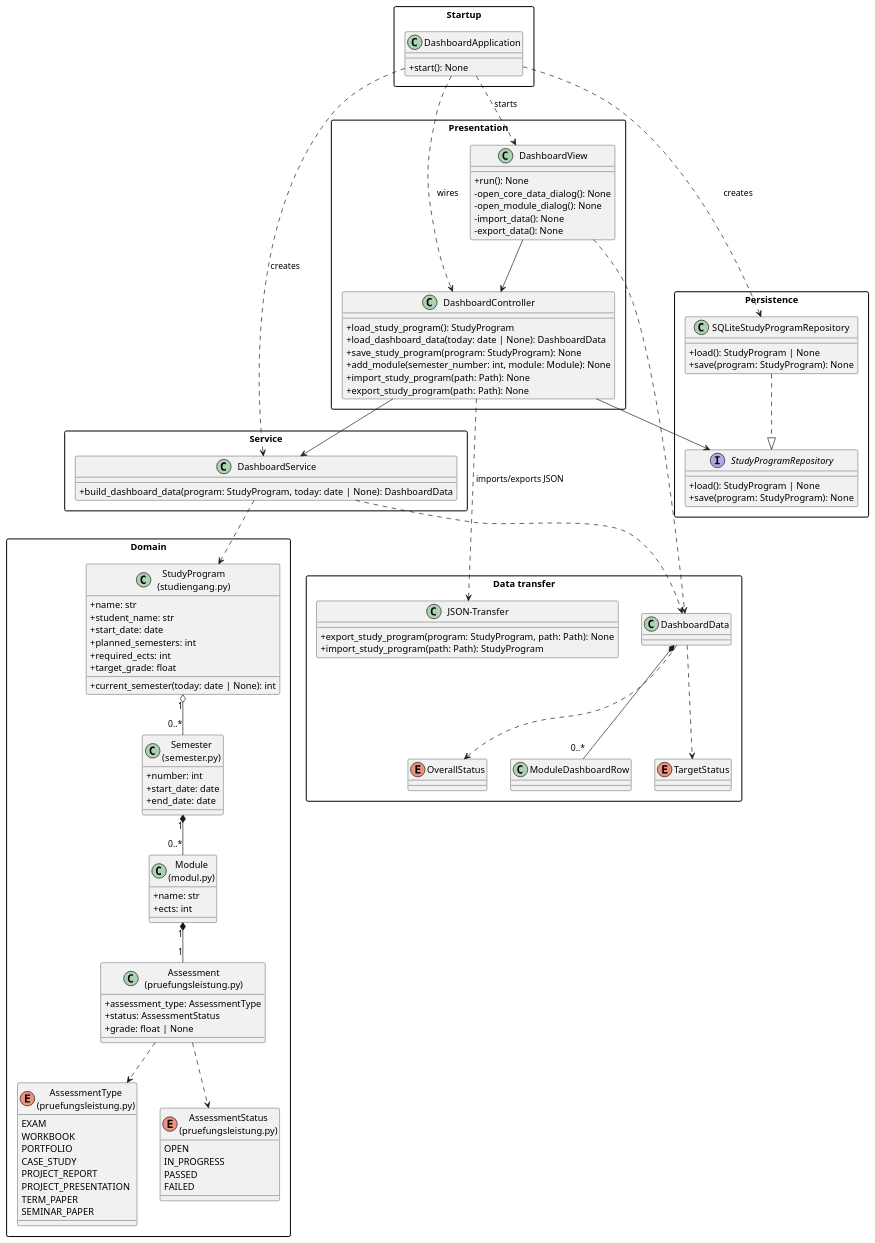
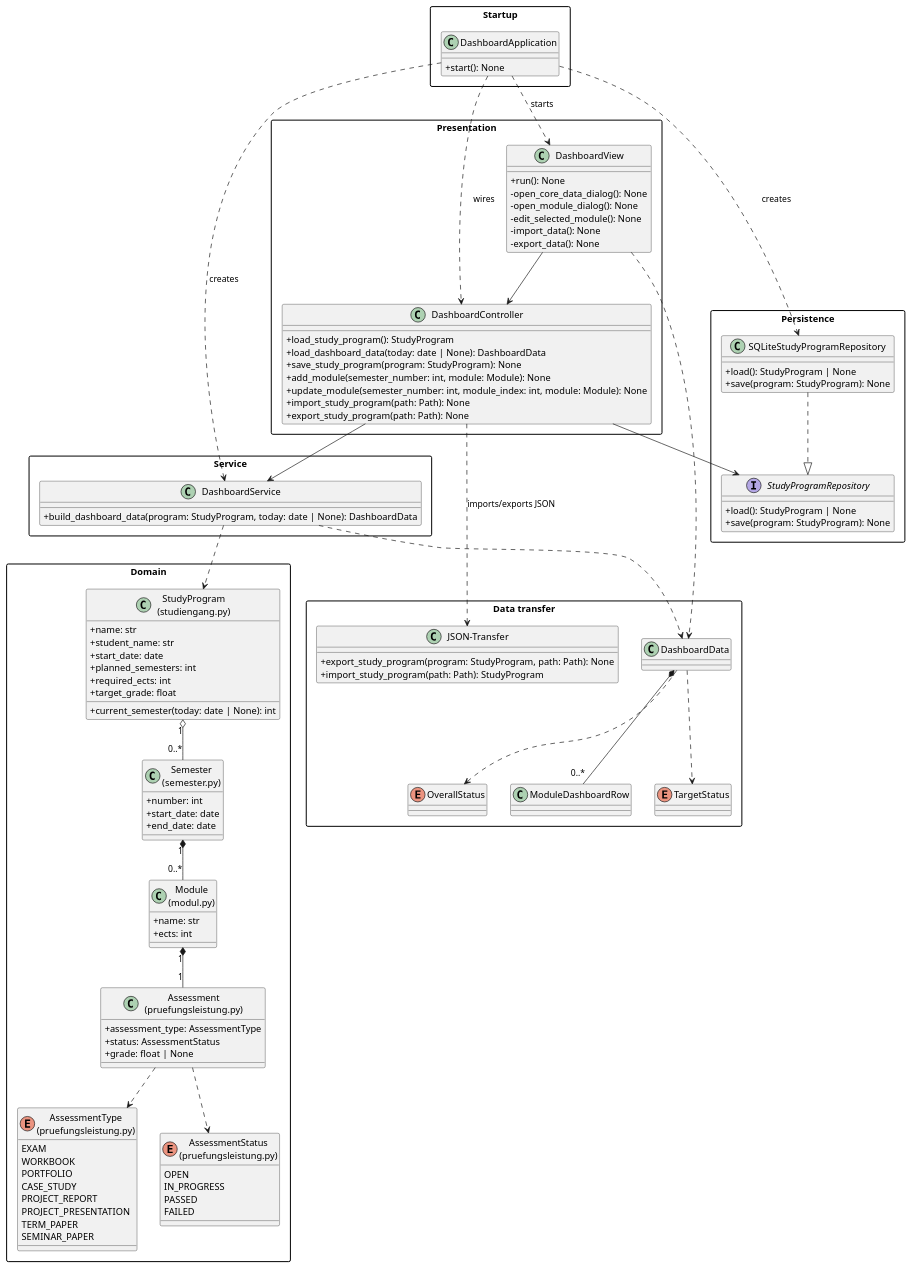
One commit to mariusburkhardt/Dashboard changed the diagram in Dashboard/docs/architecture.puml. Above: the diagram before and after it, drawn with PlantUML. The commit also changed 10 other files, not shown here.

```diff
--- a/Dashboard/docs/architecture.puml
+++ b/Dashboard/docs/architecture.puml
@@ -1,129 +1,131 @@
 @startuml
 skinparam packageStyle rectangle
 skinparam classAttributeIconSize 0
 
 package "Domain" {
     class "StudyProgram\n(studiengang.py)" as StudyProgram {
         +name: str
         +student_name: str
         +start_date: date
         +planned_semesters: int
         +required_ects: int
         +target_grade: float
         +current_semester(today: date | None): int
     }
 
     class "Semester\n(semester.py)" as Semester {
         +number: int
         +start_date: date
         +end_date: date
     }
 
     class "Module\n(modul.py)" as Module {
         +name: str
         +ects: int
     }
 
     class "Assessment\n(pruefungsleistung.py)" as Assessment {
         +assessment_type: AssessmentType
         +status: AssessmentStatus
         +grade: float | None
     }
 
     enum "AssessmentType\n(pruefungsleistung.py)" as AssessmentType {
         EXAM
         WORKBOOK
         PORTFOLIO
         CASE_STUDY
         PROJECT_REPORT
         PROJECT_PRESENTATION
         TERM_PAPER
         SEMINAR_PAPER
     }
 
     enum "AssessmentStatus\n(pruefungsleistung.py)" as AssessmentStatus {
         OPEN
         IN_PROGRESS
         PASSED
         FAILED
     }
 }
 
 package "Service" {
     class DashboardService {
         +build_dashboard_data(program: StudyProgram, today: date | None): DashboardData
     }
 }
 
 package "Data transfer" {
     class DashboardData
     class ModuleDashboardRow
     enum TargetStatus
     enum OverallStatus
     DashboardData *-- "0..*" ModuleDashboardRow
     DashboardData ..> TargetStatus
     DashboardData ..> OverallStatus
 }
 
 package "Persistence" {
     interface StudyProgramRepository {
         +load(): StudyProgram | None
         +save(program: StudyProgram): None
     }
 
     class SQLiteStudyProgramRepository {
         +load(): StudyProgram | None
         +save(program: StudyProgram): None
     }
 }
 
 package "Data transfer" {
     class "JSON-Transfer" as JsonTransfer {
         +export_study_program(program: StudyProgram, path: Path): None
         +import_study_program(path: Path): StudyProgram
     }
 }
 
 package "Presentation" {
     class DashboardController {
         +load_study_program(): StudyProgram
         +load_dashboard_data(today: date | None): DashboardData
         +save_study_program(program: StudyProgram): None
         +add_module(semester_number: int, module: Module): None
+        +update_module(semester_number: int, module_index: int, module: Module): None
         +import_study_program(path: Path): None
         +export_study_program(path: Path): None
     }
 
     class DashboardView {
         +run(): None
         -open_core_data_dialog(): None
         -open_module_dialog(): None
+        -edit_selected_module(): None
         -import_data(): None
         -export_data(): None
     }
 }
 
 package "Startup" {
     class DashboardApplication {
         +start(): None
     }
 }
 
 StudyProgram "1" o-- "0..*" Semester
 Semester "1" *-- "0..*" Module
 Module "1" *-- "1" Assessment
 Assessment ..> AssessmentType
 Assessment ..> AssessmentStatus
 SQLiteStudyProgramRepository ..|> StudyProgramRepository
 DashboardService ..> StudyProgram
 DashboardService ..> DashboardData
 DashboardController --> DashboardService
 DashboardController --> StudyProgramRepository
 DashboardView --> DashboardController
 DashboardView ..> DashboardData
 DashboardController ..> JsonTransfer : imports/exports JSON
 DashboardApplication ..> SQLiteStudyProgramRepository : creates
 DashboardApplication ..> DashboardService : creates
 DashboardApplication ..> DashboardController : wires
 DashboardApplication ..> DashboardView : starts
 @enduml
```
